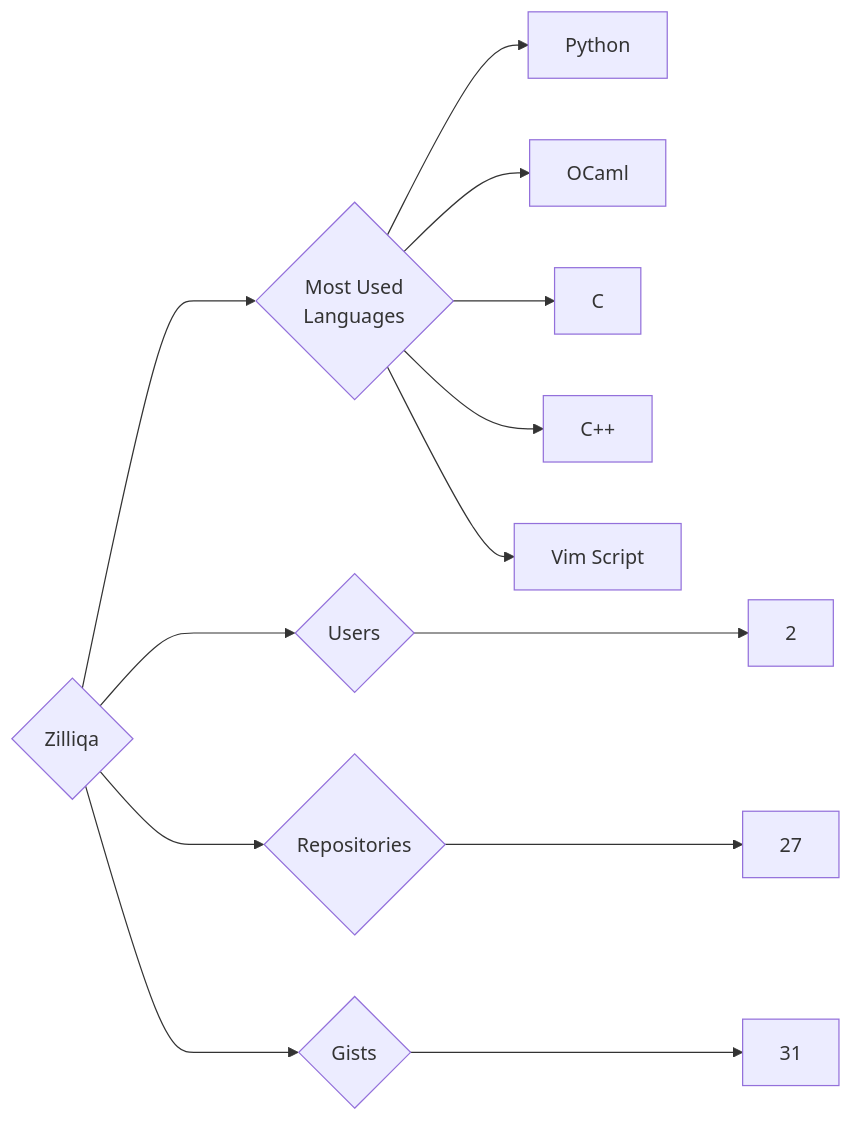
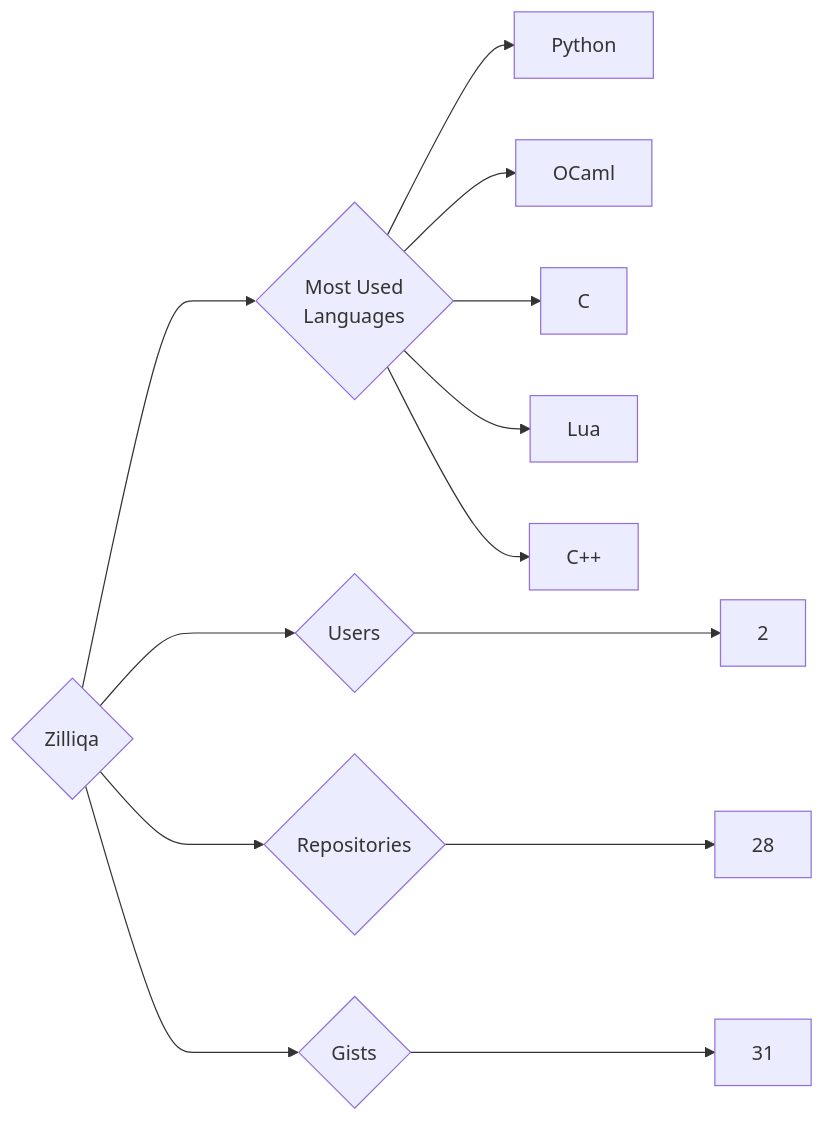
Before and after one commit to trickest/insiders: the diagram in targets/Zilliqa/README.md, drawn with Mermaid. The commit also changed 797 other files, not shown here.

````diff
--- a/targets/Zilliqa/README.md
+++ b/targets/Zilliqa/README.md
@@ -3,13 +3,13 @@
 ```mermaid
 graph LR
 COMPANY_NAME{Zilliqa}
 COMPANY_NAME ---> U{Users} ---> UN[2]
-COMPANY_NAME ---> R{Repositories} ---> RN[27]
+COMPANY_NAME ---> R{Repositories} ---> RN[28]
 COMPANY_NAME ---> G{Gists} ---> GN[31]
 COMPANY_NAME ---> ML{Most Used<br>Languages}
 ML --> Python[Python]
 ML --> OCaml[OCaml]
 ML --> C[C]
+ML --> Lua[Lua]
 ML --> C++[C++]
-ML --> Vim_Script[Vim Script]
 ```
````
